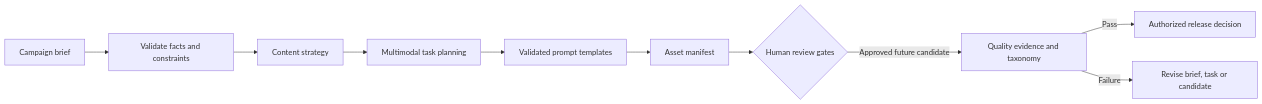
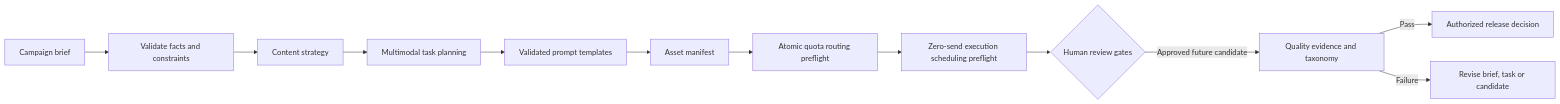
Before and after one commit to magicyao2028-pixel/aigc-content-production-studio: the diagram in README.md, drawn with Mermaid. The commit also changed other lines of this file and 22 other files, not shown here.

Commit message:
add zero-send execution preflight

````diff
--- a/README.md
+++ b/README.md
@@ -48,12 +51,14 @@
 ```mermaid
 flowchart LR
     B[Campaign brief] --> V[Validate facts and constraints]
     V --> S[Content strategy]
     S --> M[Multimodal task planning]
     M --> T[Validated prompt templates]
     T --> A[Asset manifest]
-    A --> G{Human review gates}
+    A --> RP[Atomic quota routing preflight]
+    RP --> EP[Zero-send execution scheduling preflight]
+    EP --> G{Human review gates}
     G -->|Approved future candidate| Q[Quality evidence and taxonomy]
     Q -->|Pass| E[Authorized release decision]
     Q -->|Failure| R[Revise brief, task or candidate]
 ```
````
